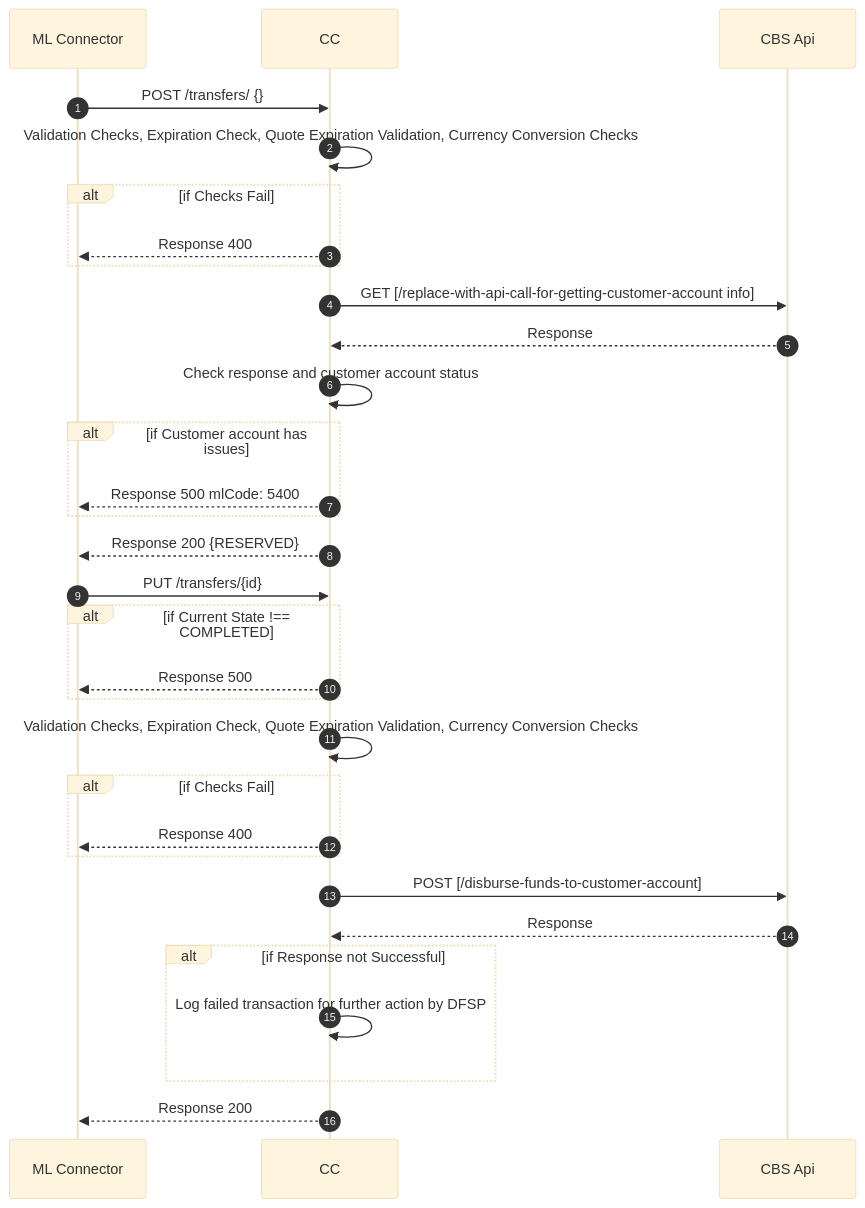
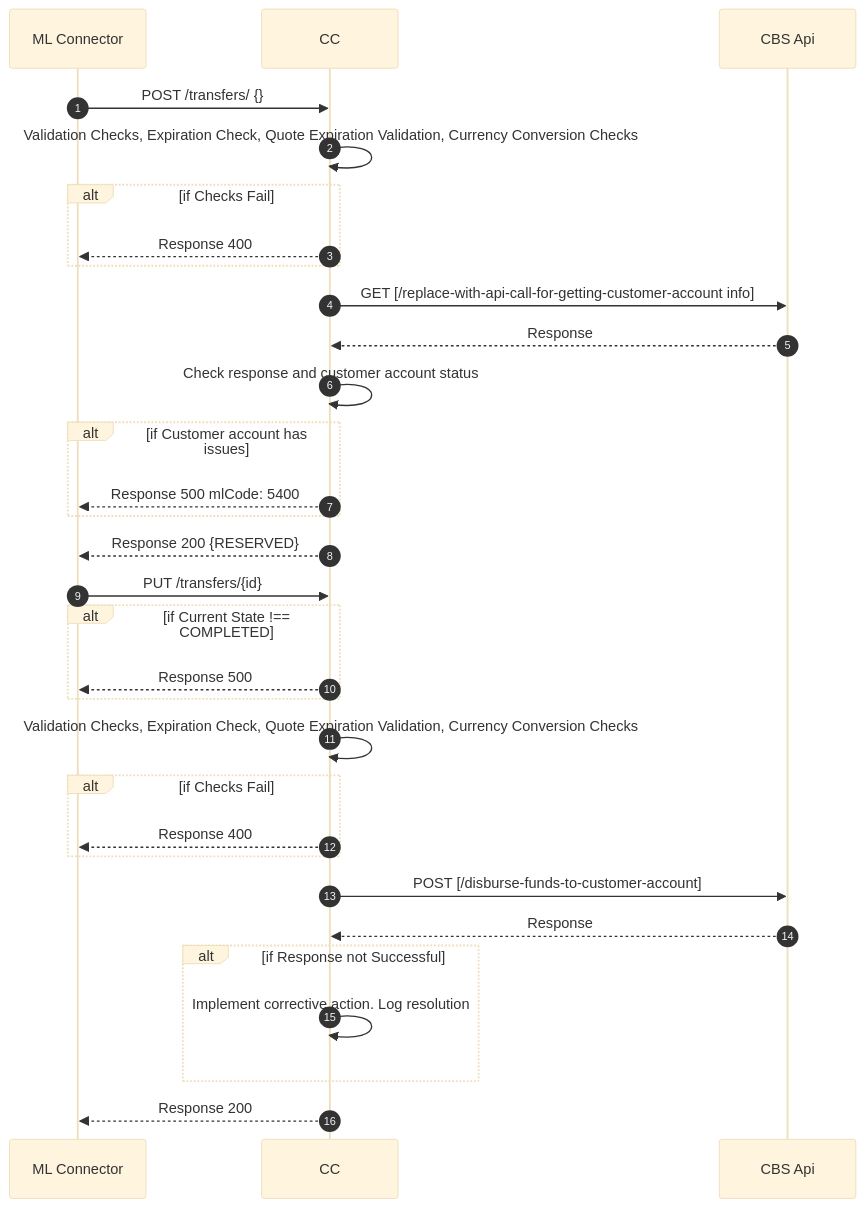
The diagram in core-connector-template/docs/payee/payee-transfers.md (mojaloop/ml-reference-connectors), drawn with Mermaid (base theme) before and after one commit. The commit also changed 2 other files, not shown here.

Commit message:
feat: refactor payer send money design to respond to acceptParty

````diff
--- a/core-connector-template/docs/payee/payee-transfers.md
+++ b/core-connector-template/docs/payee/payee-transfers.md
@@ -4,31 +4,31 @@
 ```mermaid
 sequenceDiagram
   autoNumber
 ML Connector ->> CC:  POST /transfers/ {}
 CC->>CC:Validation Checks, Expiration Check, Quote Expiration Validation, Currency Conversion Checks
 Alt if Checks Fail
 CC-->>ML Connector: Response 400
 End
 CC->>CBS Api: GET [/replace-with-api-call-for-getting-customer-account info]
 CBS Api-->>CC: Response 
 CC->>CC: Check response and customer account status 
 Alt if Customer account has issues 
 CC-->> ML Connector: Response 500 mlCode: 5400
 End
 CC-->>ML Connector: Response 200 {RESERVED}
 ML Connector->>CC: PUT /transfers/{id}
 Alt if Current State !== COMPLETED
 CC-->>ML Connector: Response 500
 End
 CC->>CC: Validation Checks, Expiration Check, Quote Expiration Validation, Currency Conversion Checks
 Alt if Checks Fail
 CC-->>ML Connector: Response 400
 End
 CC->>CBS Api: POST [/disburse-funds-to-customer-account]
 CBS Api-->>CC: Response
 Alt if Response not Successful
-CC->>CC: Log failed transaction for further action by DFSP
+CC->>CC: Implement corrective action. Log resolution
 End
 CC-->>ML Connector: Response 200
 
 ```
````
